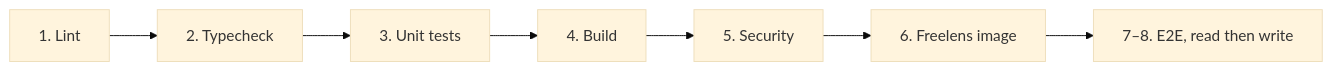
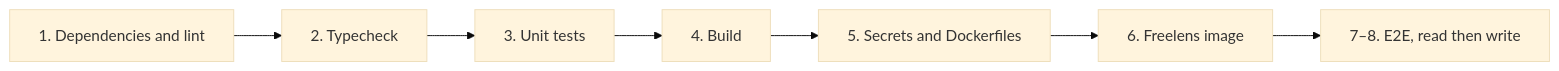
One commit to DiegoBulhoes/freelens-addons changed the second of 2 diagrams in docs/testing.md. Above: the diagram before and after it, drawn with Mermaid (base theme). The commit also changed other lines of this file and 18 other files, not shown here.

````diff
--- a/docs/testing.md
+++ b/docs/testing.md
@@ -147,5 +147,5 @@
 ```mermaid
 flowchart LR
-  L["1. Lint"] --> T["2. Typecheck"] --> U["3. Unit tests"] --> B["4. Build"]
-  B --> S["5. Security"] --> I["6. Freelens image"] --> E["7–8. E2E, read then write"]
+  L["1. Dependencies and lint"] --> T["2. Typecheck"] --> U["3. Unit tests"] --> B["4. Build"]
+  B --> S["5. Secrets and Dockerfiles"] --> I["6. Freelens image"] --> E["7–8. E2E, read then write"]
 ```
````
